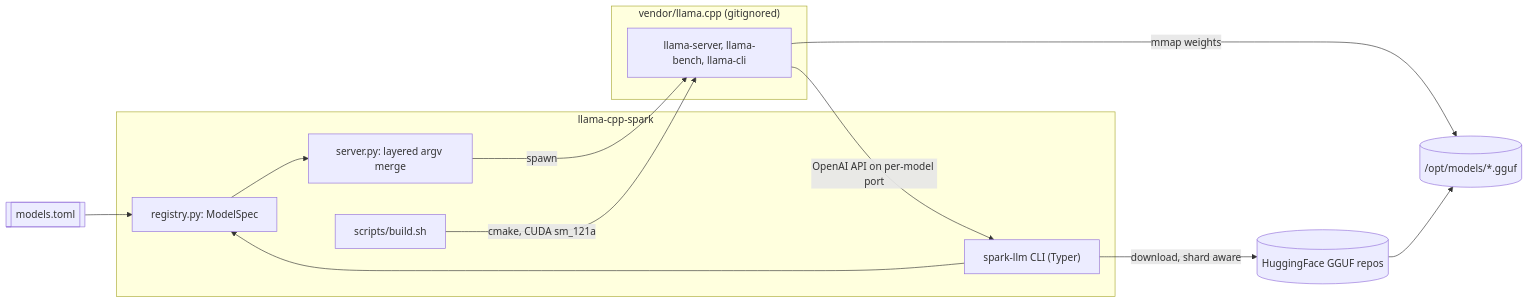
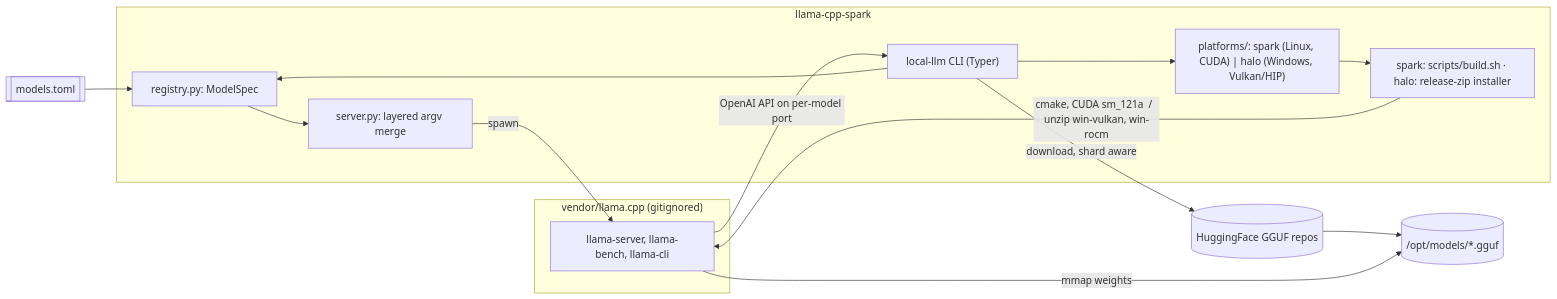
The diagram in README.md (skiingfalcon/llama-cpp-spark), drawn with Mermaid before and after one commit. The commit also changed other lines of this file and 34 other files, not shown here.

````diff
--- a/README.md
+++ b/README.md
@@ -7,25 +21,27 @@
 ```mermaid
 flowchart LR
   toml[["models.toml"]]
   hf[("HuggingFace GGUF repos")]
   models[("/opt/models/*.gguf")]
 
   subgraph project [llama-cpp-spark]
-    cli["spark-llm CLI (Typer)"]
+    cli["local-llm CLI (Typer)"]
     registry["registry.py: ModelSpec"]
     server["server.py: layered argv merge"]
-    build["scripts/build.sh"]
+    platforms["platforms/: spark (Linux, CUDA) | halo (Windows, Vulkan/HIP)"]
+    build["spark: scripts/build.sh · halo: release-zip installer"]
   end
 
   subgraph vendor ["vendor/llama.cpp (gitignored)"]
     bins["llama-server, llama-bench, llama-cli"]
   end
 
   toml --> registry
   cli --> registry --> server
-  build -->|"cmake, CUDA sm_121a"| bins
+  cli --> platforms --> build
+  build -->|"cmake, CUDA sm_121a  /  unzip win-vulkan, win-rocm"| bins
   cli -->|"download, shard aware"| hf --> models
   server -->|spawn| bins
   bins -->|"mmap weights"| models
   bins -->|"OpenAI API on per-model port"| cli
 ```
````
